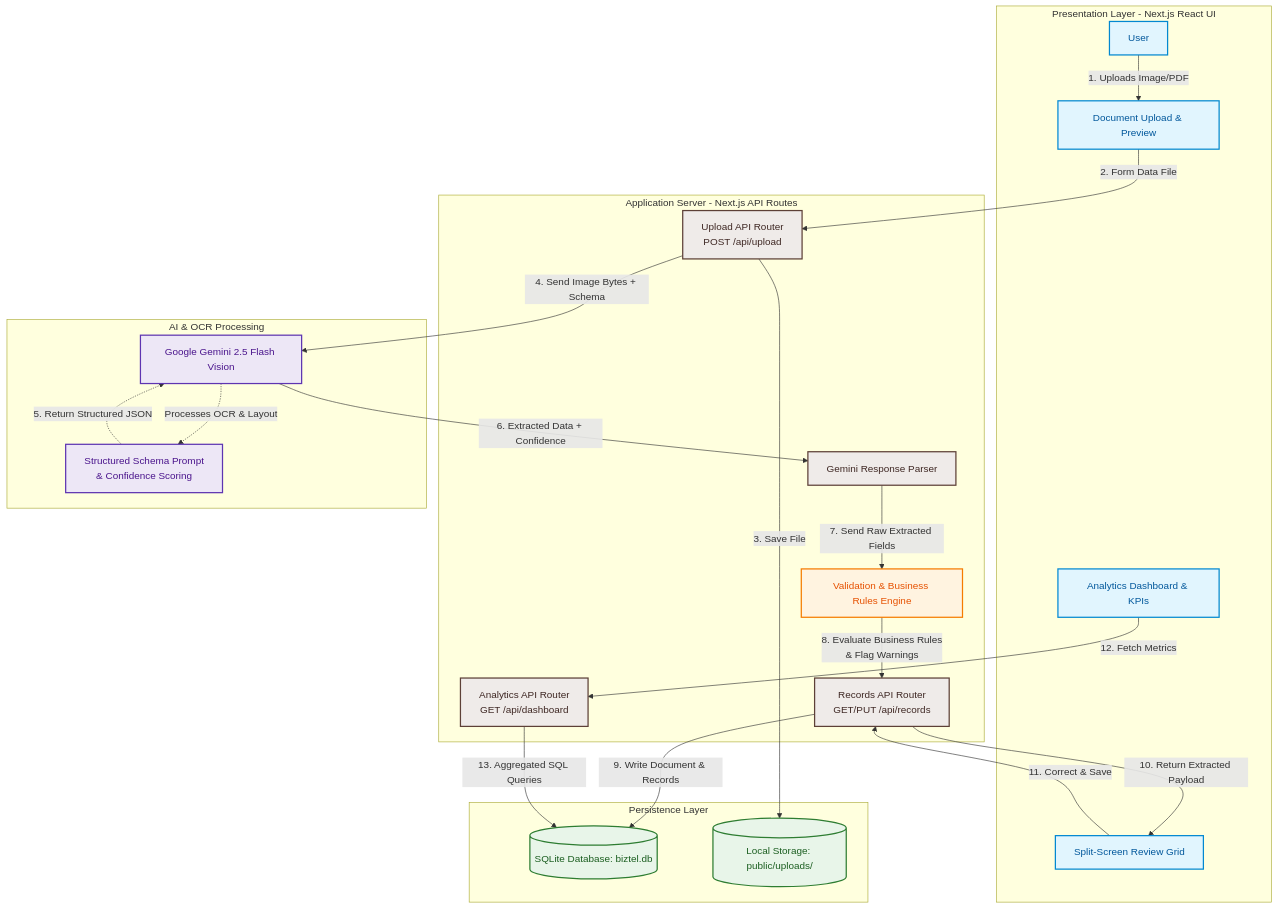
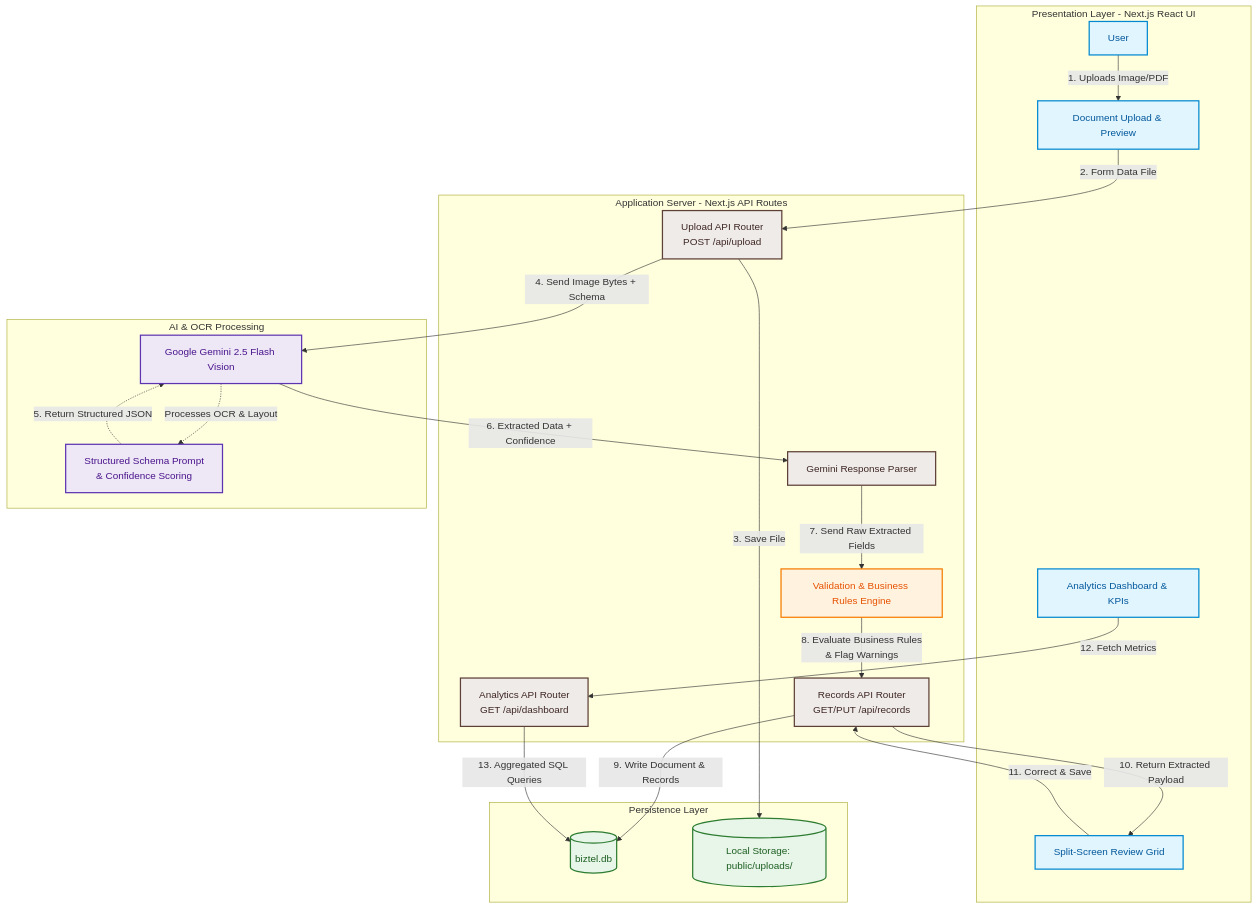
Before and after one commit to nanthitha25/biztelai: the first of 8 diagrams in README.md, drawn with Mermaid.

````diff
--- a/README.md
+++ b/README.md
@@ -45,67 +45,67 @@
 ```mermaid
 graph TB
     %% Styling definitions
     classDef client fill:#e1f5fe,stroke:#0288d1,stroke-width:2px,color:#01579b;
     classDef server fill:#efebe9,stroke:#5d4037,stroke-width:2px,color:#3e2723;
     classDef ai fill:#ede7f6,stroke:#5e35b1,stroke-width:2px,color:#4a148c;
     classDef db fill:#e8f5e9,stroke:#2e7d32,stroke-width:2px,color:#1b5e20;
     classDef val fill:#fff3e0,stroke:#f57c00,stroke-width:2px,color:#e65100;
 
     %% Client / Presentation Layer
     subgraph Client [Presentation Layer - Next.js React UI]
         User
         UploadView[Document Upload & Preview]
         ReviewGrid[Split-Screen Review Grid]
         DashboardView[Analytics Dashboard & KPIs]
     end
 
     %% Application Server
     subgraph Backend [Application Server - Next.js API Routes]
         UploadAPI[Upload API Router<br>POST /api/upload]
         RecordsAPI[Records API Router<br>GET/PUT /api/records]
         AnalyticsAPI[Analytics API Router<br>GET /api/dashboard]
         
         Parser[Gemini Response Parser]
         ValEngine[Validation & Business Rules Engine]
     end
 
     %% AI / LLM Processing
     subgraph AI [AI & OCR Processing]
         Gemini[Google Gemini 2.5 Flash Vision]
         SysPrompt[Structured Schema Prompt<br>& Confidence Scoring]
     end
 
     %% Data Storage
     subgraph Storage [Persistence Layer]
-        SQLite[(SQLite Database: biztel.db)]
+        SQLite[( biztel.db)]
         UploadsFolder[(Local Storage: public/uploads/)]
     end
 
     %% Connections & Flow
     User -->|1. Uploads Image/PDF| UploadView
     UploadView -->|2. Form Data File| UploadAPI
     UploadAPI -->|3. Save File| UploadsFolder
     UploadAPI -->|4. Send Image Bytes + Schema| Gemini
     Gemini -.->|Processes OCR & Layout| SysPrompt
     SysPrompt -.->|5. Return Structured JSON| Gemini
     Gemini -->|6. Extracted Data + Confidence| Parser
     
     Parser -->|7. Send Raw Extracted Fields| ValEngine
     ValEngine -->|8. Evaluate Business Rules<br>& Flag Warnings| RecordsAPI
     
     RecordsAPI -->|9. Write Document & Records| SQLite
     RecordsAPI -->|10. Return Extracted Payload| ReviewGrid
     
     ReviewGrid -->|11. Correct & Save| RecordsAPI
     
     DashboardView -->|12. Fetch Metrics| AnalyticsAPI
     AnalyticsAPI -->|13. Aggregated SQL Queries| SQLite
 
     %% Apply Classes
     class User,UploadView,ReviewGrid,DashboardView client;
     class UploadAPI,RecordsAPI,AnalyticsAPI,Parser server;
     class Gemini,SysPrompt ai;
     class SQLite,UploadsFolder db;
     class ValEngine val;
 
 ```
````
